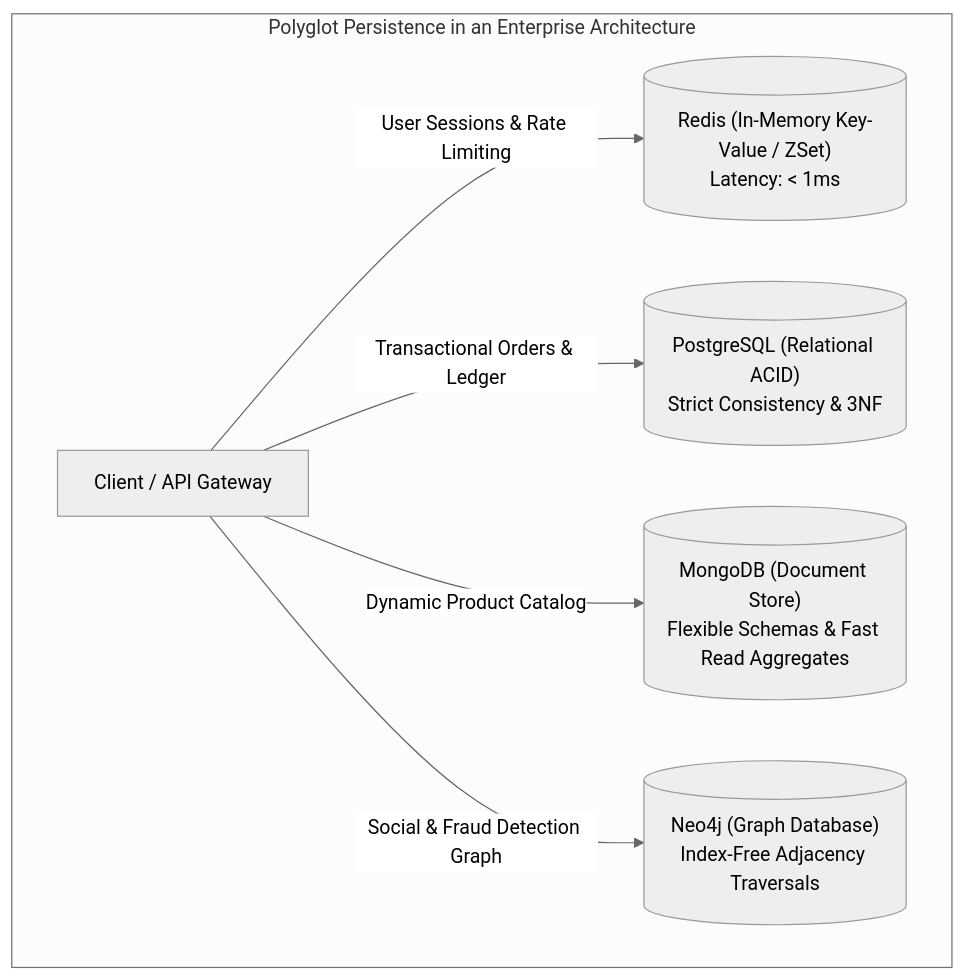
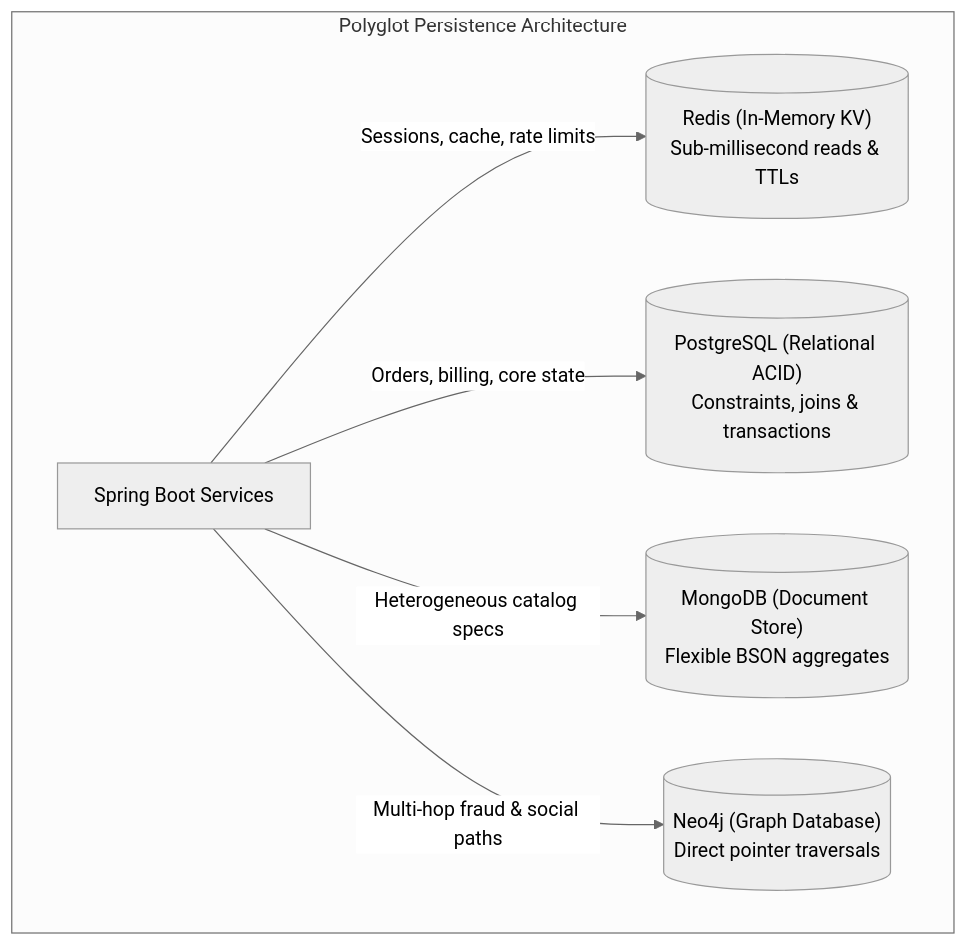
Before and after one commit to ravishankar2463/java_hub: the first of 4 diagrams in content/roadmap/level-7/nosql-databases.md, drawn with Mermaid (neutral theme). The commit also changed other lines of this file and 119 other files, not shown here.

Commit message:
feat: add comprehensive java learning roadmap content across multiple levels

````diff
--- a/content/roadmap/level-7/nosql-databases.md
+++ b/content/roadmap/level-7/nosql-databases.md
@@ -19,11 +31,11 @@
 ```mermaid
 flowchart TD
-    subgraph "Polyglot Persistence in an Enterprise Architecture"
-        Client["Client / API Gateway"]
-        
-        Client -->|User Sessions & Rate Limiting| Redis[("Redis (In-Memory Key-Value / ZSet)<br/>Latency: < 1ms")]
-        Client -->|Transactional Orders & Ledger| Postgres[("PostgreSQL (Relational ACID)<br/>Strict Consistency & 3NF")]
-        Client -->|Dynamic Product Catalog| Mongo[("MongoDB (Document Store)<br/>Flexible Schemas & Fast Read Aggregates")]
-        Client -->|Social & Fraud Detection Graph| Neo4j[("Neo4j (Graph Database)<br/>Index-Free Adjacency Traversals")]
+    subgraph Polyglot["Polyglot Persistence Architecture"]
+        App["Spring Boot Services"]
+
+        App -->|"Sessions, cache, rate limits"| Redis[("Redis (In-Memory KV)<br/>Sub-millisecond reads & TTLs")]
+        App -->|"Orders, billing, core state"| Postgres[("PostgreSQL (Relational ACID)<br/>Constraints, joins & transactions")]
+        App -->|"Heterogeneous catalog specs"| Mongo[("MongoDB (Document Store)<br/>Flexible BSON aggregates")]
+        App -->|"Multi-hop fraud & social paths"| Neo4j[("Neo4j (Graph Database)<br/>Direct pointer traversals")]
     end
 ```
````
